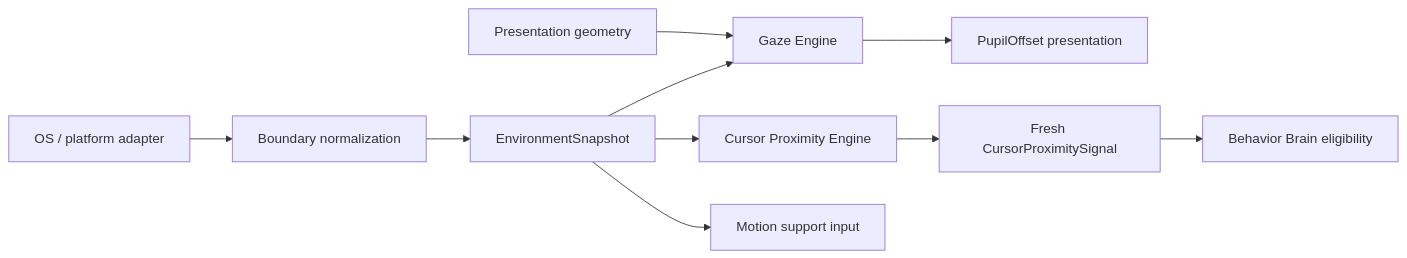
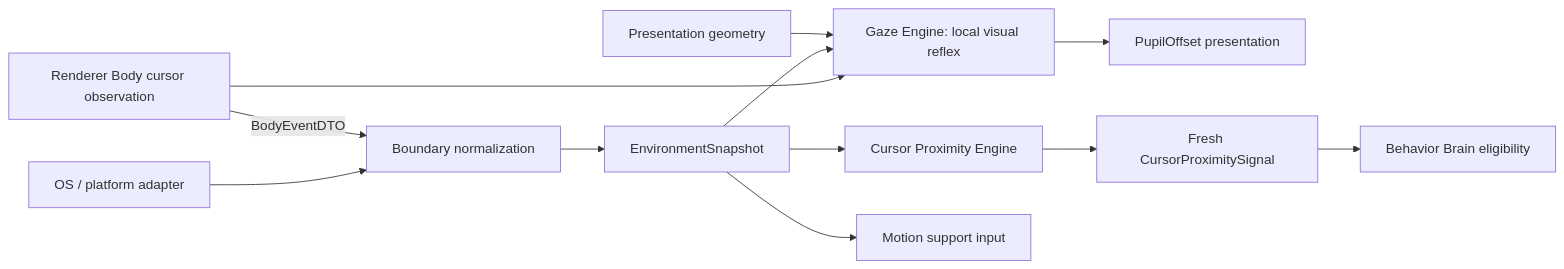
The diagram in docs/engine/PERCEPTION_ENGINE.md (zyzycode/project_wisp), drawn with Mermaid before and after one commit. The commit also changed other lines of this file and 12 other files, not shown here.

Commit message:
feat(architect): define Brain Body Skin contracts (AUTO-A08)

````diff
--- a/docs/engine/PERCEPTION_ENGINE.md
+++ b/docs/engine/PERCEPTION_ENGINE.md
@@ -16,12 +16,14 @@
 ```mermaid
 flowchart LR
   OS[OS / platform adapter] --> N[Boundary normalization]
+  Body[Renderer Body cursor observation] -->|BodyEventDTO| N
   N --> E[EnvironmentSnapshot]
-  E --> G[Gaze Engine]
+  Body --> G[Gaze Engine: local visual reflex]
+  E --> G
   E --> C[Cursor Proximity Engine]
   PG[Presentation geometry] --> G
   G --> P[PupilOffset presentation]
   C --> S[Fresh CursorProximitySignal]
   S --> B[Behavior Brain eligibility]
   E --> M[Motion support input]
 ```
````
